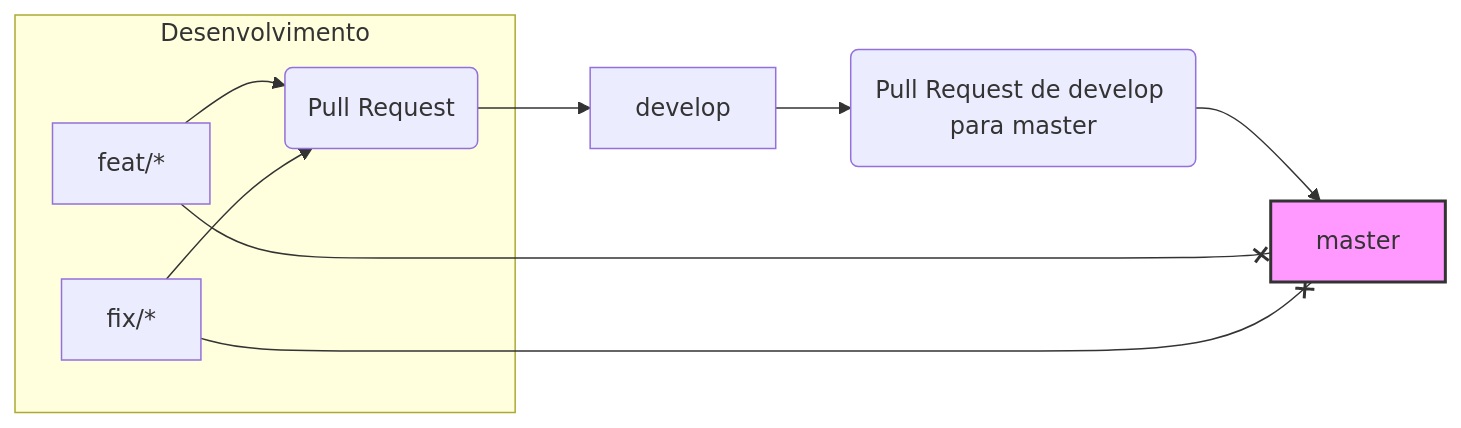
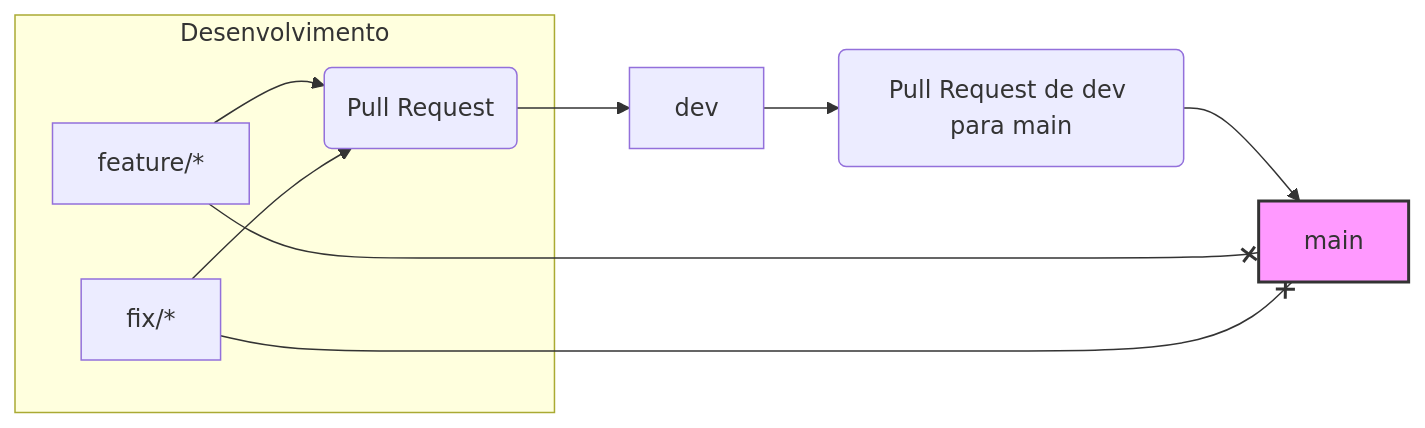
Before and after one commit to icarros-sandbox/demo: the diagram in README.md, drawn with Mermaid. The commit also changed other lines of this file, not shown here.

````diff
--- a/README.md
+++ b/README.md
@@ -27,15 +24,13 @@
 ```mermaid
 graph LR
     subgraph Desenvolvimento
-        A[feat/*] --> B(Pull Request)
+        A[feature/*] --> B(Pull Request)
         C[fix/*] --> B
     end
-    B --> D[develop]
-    D --> E(Pull Request de develop para master)
-    E --> F[master]
-    %% Restrições visuais (opcional, pode ser explicado no texto)
+    B --> D[dev]
+    D --> E(Pull Request de dev para main)
+    E --> F[main]
     classDef restricted fill:#f9f,stroke:#333,stroke-width:2px;
     A --x F:::restricted
     C --x F:::restricted
-
 ```
````
